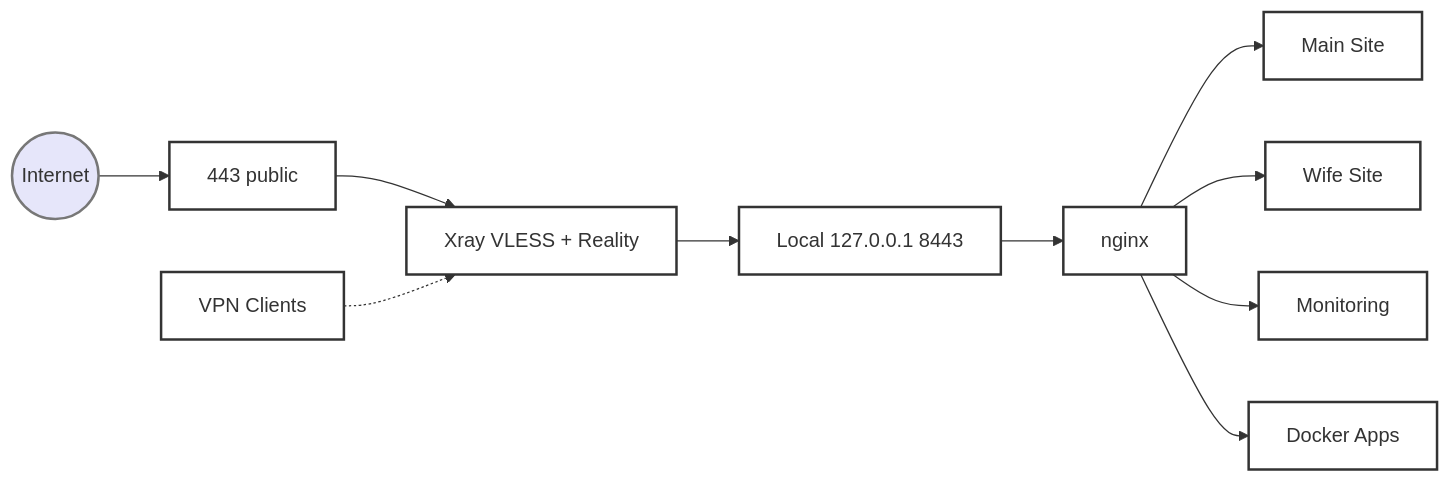
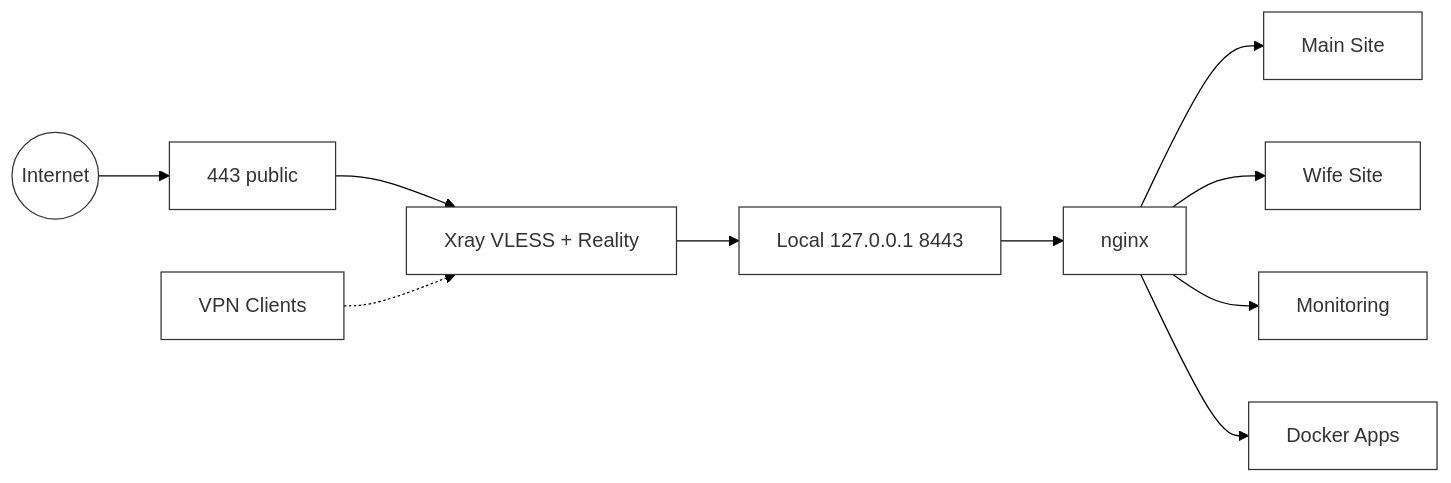
The diagram in README.md (dzamal-barambajev/infra-self-audit), drawn with Mermaid before and after one commit. The commit also changed other lines of this file, not shown here.

Commit message:
Enforce high contrast cards and use system badge UI placeholders

````diff
--- a/README.md
+++ b/README.md
@@ -27,28 +27,16 @@
 ```mermaid
+%%{init: { 'theme': 'base', 'themeVariables': { 'lineColor': '#000000', 'primaryColor': '#ffffff', 'primaryBorderColor': '#333333'}}}%%
 graph LR
-    %% Strict theme overrides for GitHub Markdown override
-    style Internet fill:#E6E6FA,stroke:#777,stroke-width:2px;
-    style Ingress fill:#FFF,stroke:#333,stroke-width:2px;
-    style Xray fill:#FFF,stroke:#333,stroke-width:2px;
-    style VPN fill:#FFF,stroke:#333,stroke-width:2px;
-    style Fallback fill:#FFF,stroke:#333,stroke-width:2px;
-    style Nginx fill:#FFF,stroke:#333,stroke-width:2px;
-    style Main fill:#FFF,stroke:#333,stroke-width:2px;
-    style Wife fill:#FFF,stroke:#333,stroke-width:2px;
-    style Mon fill:#FFF,stroke:#333,stroke-width:2px;
-    style Docker fill:#FFF,stroke:#333,stroke-width:2px;
-
-    %% Base Layout Configuration
     Internet((Internet)) --> Ingress["443 public"]
     Ingress --> Xray["Xray VLESS + Reality"]
     
     VPN[VPN Clients] -.-> Xray
 
     Xray --> Fallback["Local 127.0.0.1 8443"]
     Fallback --> Nginx[nginx]
 
     Nginx --> Main[Main Site]
     Nginx --> Wife[Wife Site]
     Nginx --> Mon[Monitoring]
     Nginx --> Docker[Docker Apps]
 ```
````
